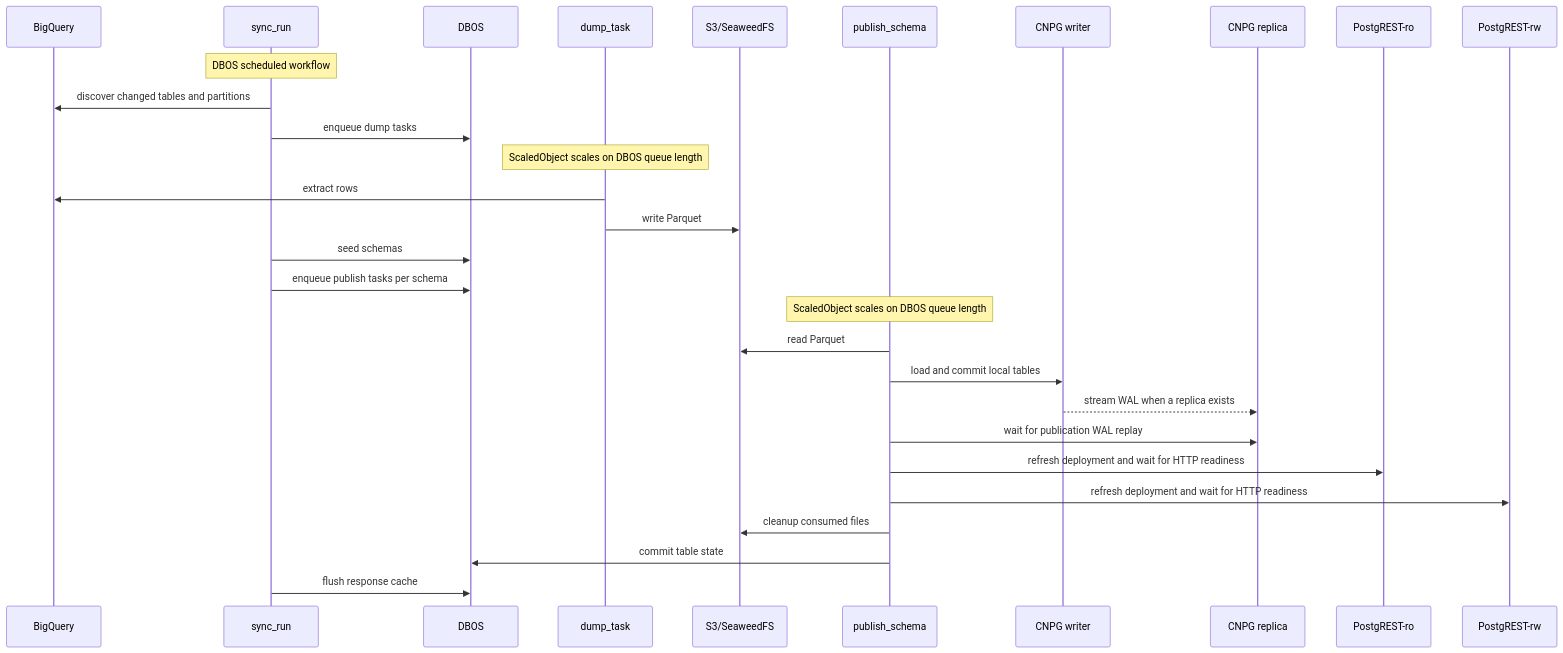
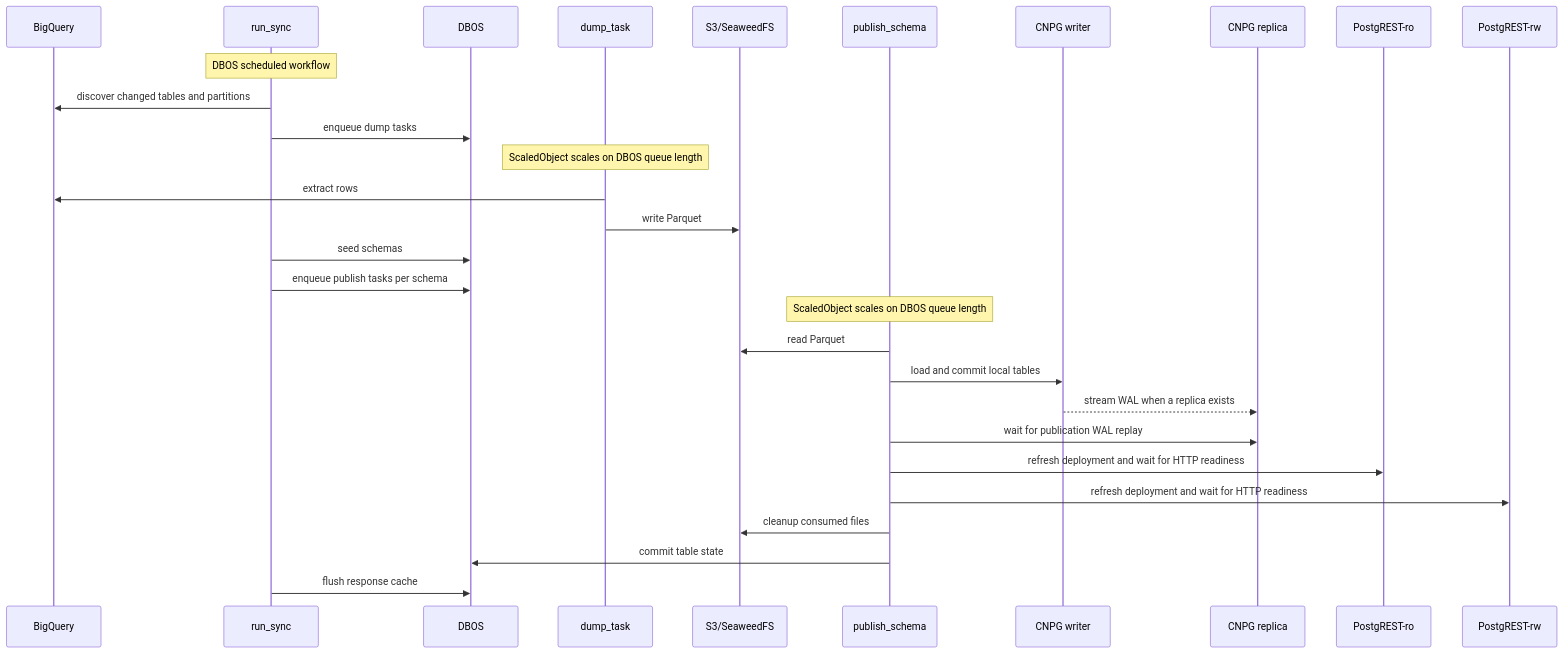
One commit to prefeitura-rio/data-proxy changed the first of 4 diagrams in docs/architecture.md. Above: the diagram before and after it, drawn with Mermaid. The commit also changed other lines of this file and 5 other files, not shown here.

````diff
--- a/docs/architecture.md
+++ b/docs/architecture.md
@@ -34,32 +34,32 @@
 ```mermaid
 sequenceDiagram
     participant BQ as BigQuery
-    participant P as sync_run
+    participant P as run_sync
     participant D as DBOS
     participant W as dump_task
     participant S3 as S3/SeaweedFS
     participant PUB as publish_schema
     participant CW as CNPG writer
     participant CR as CNPG replica
     participant RO as PostgREST-ro
     participant RW as PostgREST-rw
 
     Note over P: DBOS scheduled workflow
     P->>BQ: discover changed tables and partitions
     P->>D: enqueue dump tasks
     Note over W: ScaledObject scales on DBOS queue length
     W->>BQ: extract rows
     W->>S3: write Parquet
     P->>D: seed schemas
     P->>D: enqueue publish tasks per schema
     Note over PUB: ScaledObject scales on DBOS queue length
     PUB->>S3: read Parquet
     PUB->>CW: load and commit local tables
     CW-->>CR: stream WAL when a replica exists
     PUB->>CR: wait for publication WAL replay
     PUB->>RO: refresh deployment and wait for HTTP readiness
     PUB->>RW: refresh deployment and wait for HTTP readiness
     PUB->>S3: cleanup consumed files
     PUB->>D: commit table state
     P->>D: flush response cache
 ```
````
